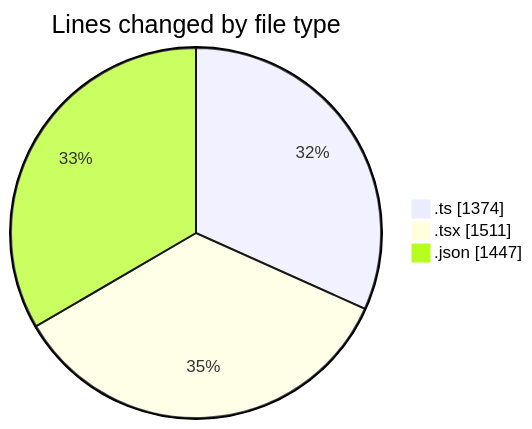
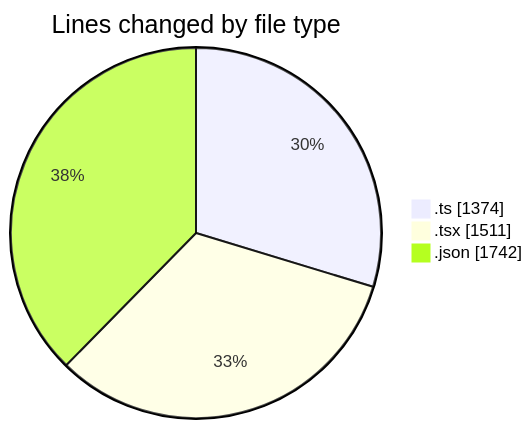
One commit to julien-gomy/code-tracking changed the first of 2 diagrams in 2025-10-23/eventscop-frontend-guide__workspace_/README.md. Above: the diagram before and after it, drawn with Mermaid. The commit also changed other lines of this file and 1 other file, not shown here.

````diff
--- a/2025-10-23/eventscop-frontend-guide__workspace_/README.md
+++ b/2025-10-23/eventscop-frontend-guide__workspace_/README.md
@@ -32,7 +33,7 @@
 ```mermaid
 pie showData
 title Lines changed by file type
 ".ts" : 1374
 ".tsx" : 1511
-".json" : 1447
+".json" : 1742
 ```
````
